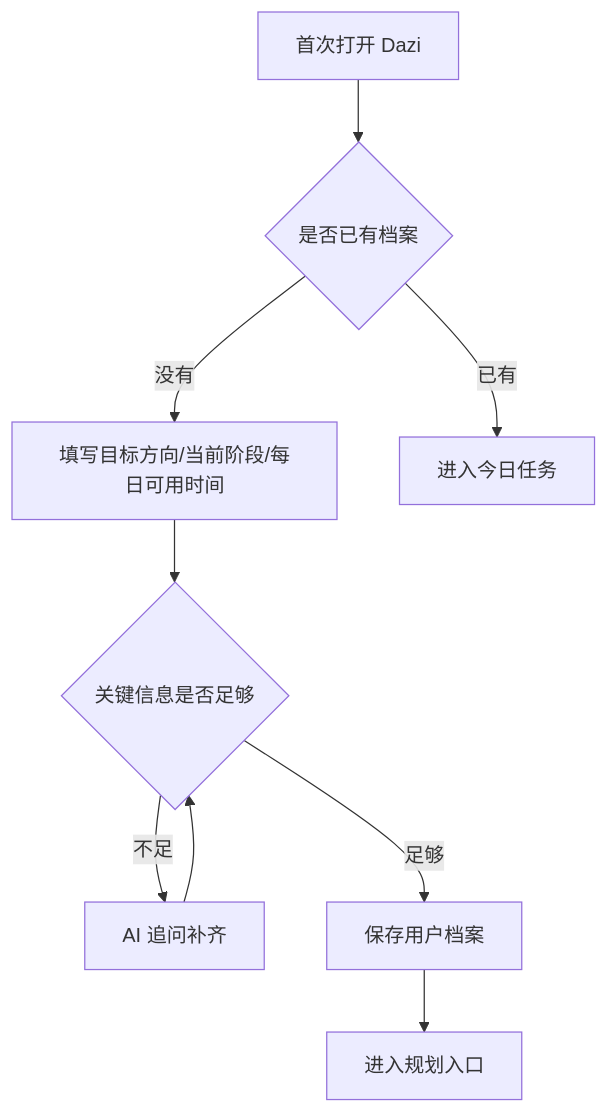
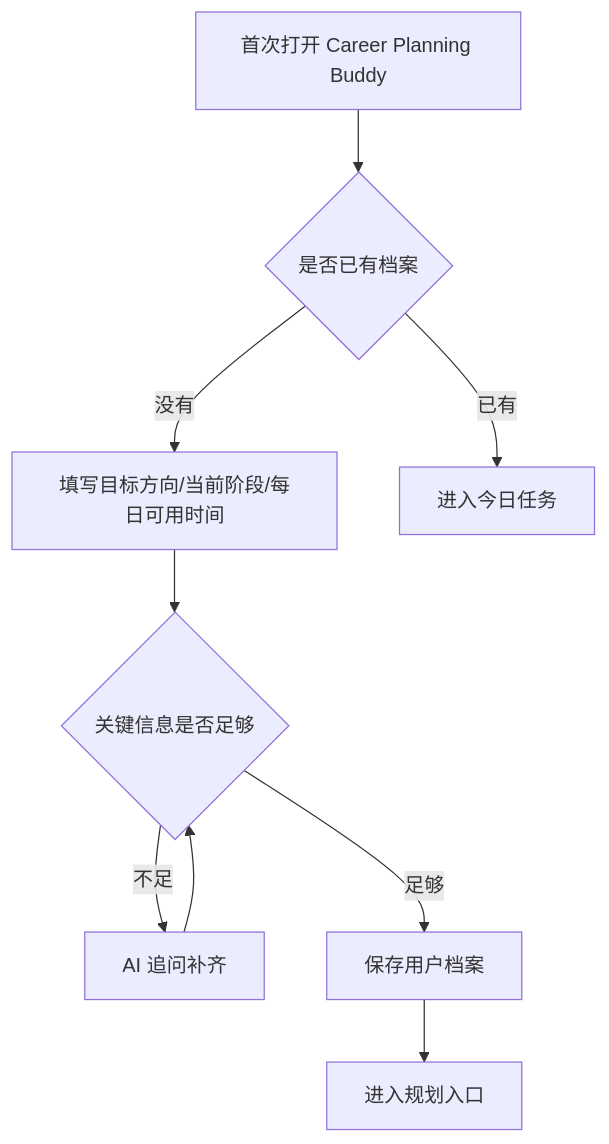
The first of 4 diagrams in docs/overview/user-manual.md (lyyjsr/career-planning-buddy), drawn with Mermaid before and after one commit. The commit also changed other lines of this file and 155 other files, not shown here.

````diff
--- a/docs/overview/user-manual.md
+++ b/docs/overview/user-manual.md
@@ -34,11 +34,11 @@
 ```mermaid
 flowchart TD
-    A[首次打开 Dazi] --> B{是否已有档案}
+    A[首次打开 Career Planning Buddy] --> B{是否已有档案}
     B -->|没有| C[填写目标方向/当前阶段/每日可用时间]
     B -->|已有| D[进入今日任务]
     C --> E{关键信息是否足够}
     E -->|不足| F[AI 追问补齐]
     F --> E
     E -->|足够| G[保存用户档案]
     G --> H[进入规划入口]
 ```
````
